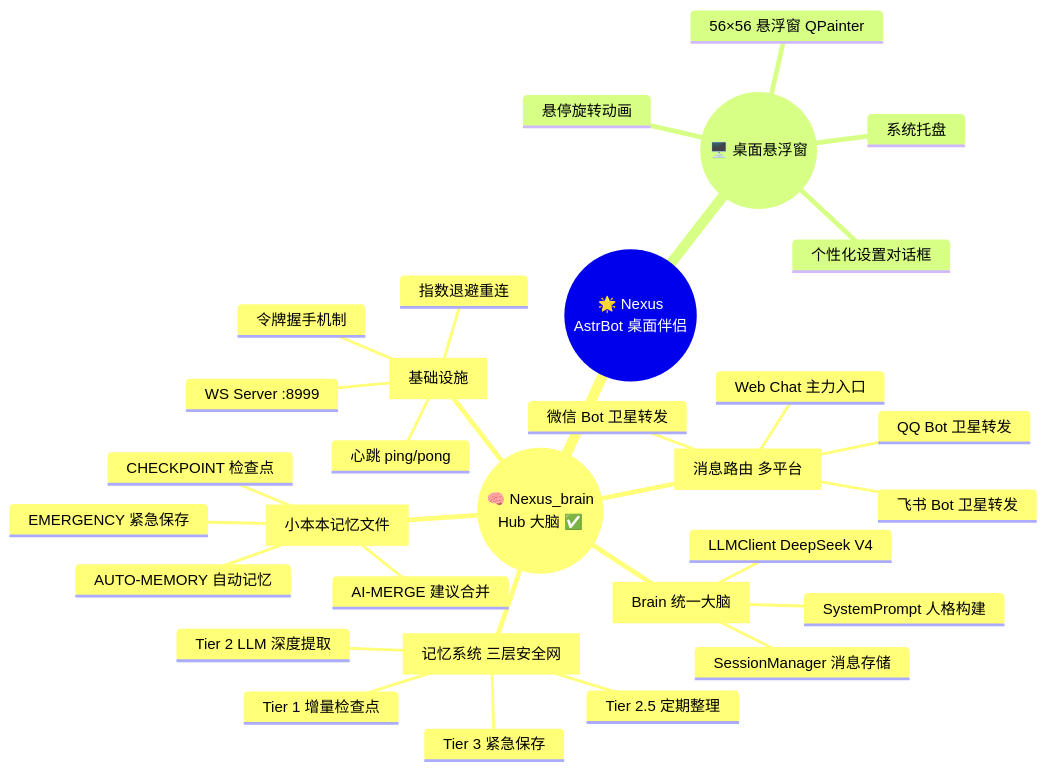
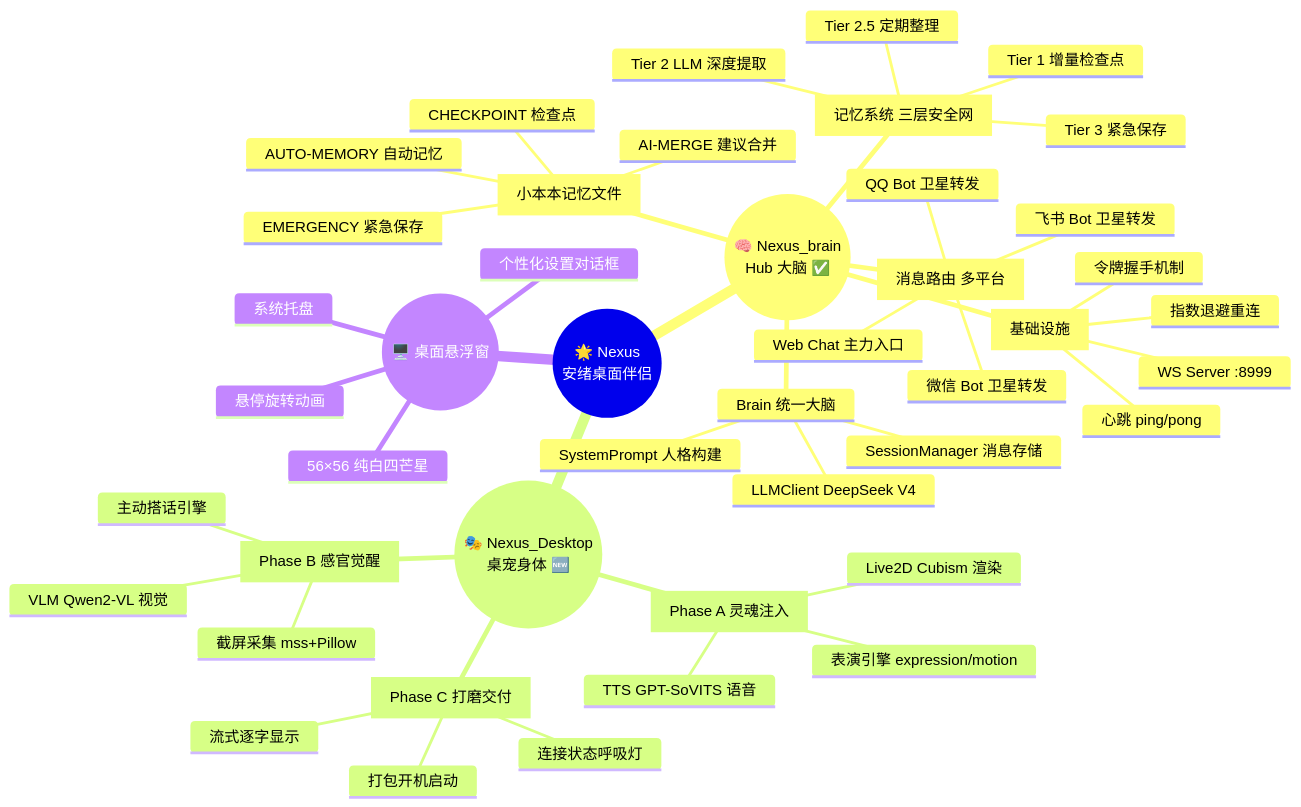
Before and after one commit to yuanchu114514-spec/nexus-brain: the first of 2 diagrams in README.md, drawn with Mermaid. The commit also changed other lines of this file and 2 other files, not shown here.

````diff
--- a/README.md
+++ b/README.md
@@ -24,34 +11,47 @@
 ```mermaid
 mindmap
-  root(("🌟 Nexus<br/>AstrBot 桌面伴侣"))
+  root(("🌟 Nexus<br/>安绪桌面伴侣"))
     (("🧠 Nexus_brain<br/>Hub 大脑 ✅"))
-      [Brain 统一大脑]
+      Brain 统一大脑
         SystemPrompt 人格构建
         SessionManager 消息存储
         LLMClient DeepSeek V4
       [记忆系统 三层安全网]
         Tier 1 增量检查点
         Tier 2 LLM 深度提取
         Tier 2.5 定期整理
         Tier 3 紧急保存
       [消息路由 多平台]
         Web Chat 主力入口
         QQ Bot 卫星转发
         微信 Bot 卫星转发
         飞书 Bot 卫星转发
       [基础设施]
         WS Server :8999
         令牌握手机制
         指数退避重连
         心跳 ping/pong
       [小本本记忆文件]
         AUTO-MEMORY 自动记忆
         CHECKPOINT 检查点
         EMERGENCY 紧急保存
         AI-MERGE 建议合并
+    (("🎭 Nexus_Desktop<br/>桌宠身体 🆕"))
+      [Phase A 灵魂注入]
+        Live2D Cubism 渲染
+        表演引擎 expression/motion
+        TTS GPT-SoVITS 语音
+      [Phase B 感官觉醒]
+        截屏采集 mss+Pillow
+        VLM Qwen2-VL 视觉
+        主动搭话引擎
+      [Phase C 打磨交付]
+        流式逐字显示
+        连接状态呼吸灯
+        打包开机启动
     (("🖥️ 桌面悬浮窗"))
-      56×56 悬浮窗 QPainter
+      56×56 纯白四芒星
       悬停旋转动画
       个性化设置对话框
       系统托盘
 ```
````
